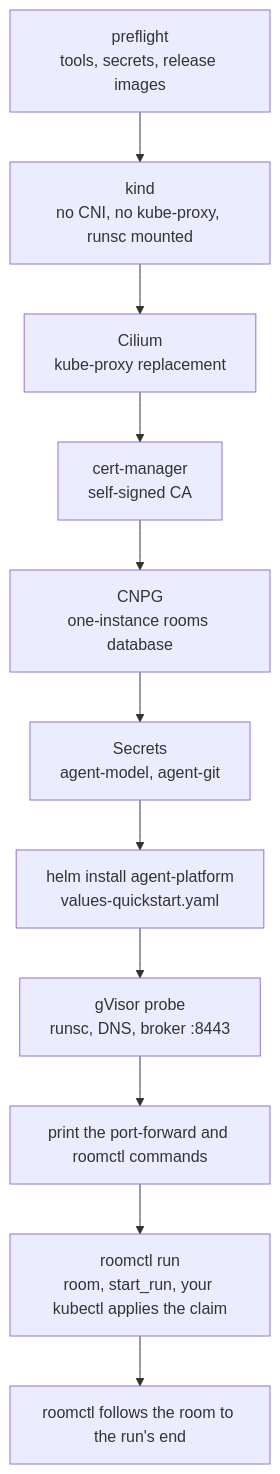
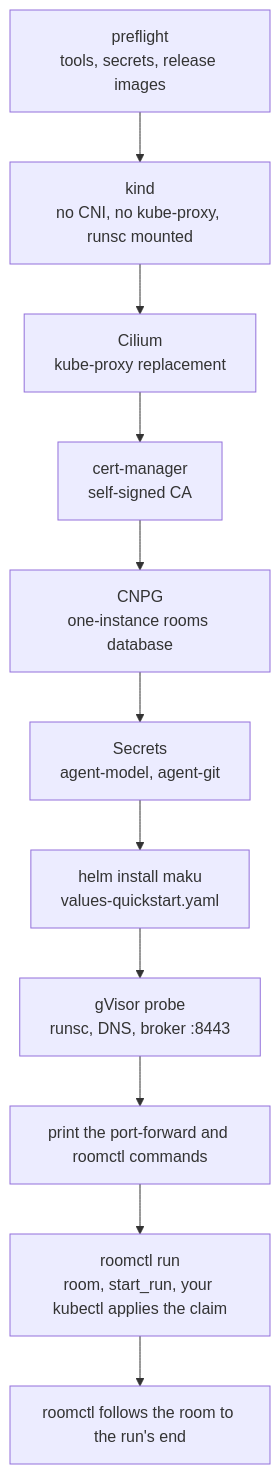
One commit to Smana/agent-platform changed the diagram in docs/quickstart.md. Above: the diagram before and after it, drawn with Mermaid. The commit also changed other lines of this file and 140 other files, not shown here.

Commit message:
feat!: binaries, images and charts are maku-*

````diff
--- a/docs/quickstart.md
+++ b/docs/quickstart.md
@@ -25,8 +25,8 @@
 ```mermaid
 flowchart TD
   P["preflight<br/>tools, secrets, release images"] --> K["kind<br/>no CNI, no kube-proxy, runsc mounted"]
   K --> C["Cilium<br/>kube-proxy replacement"] --> M["cert-manager<br/>self-signed CA"]
   M --> N["CNPG<br/>one-instance rooms database"] --> S["Secrets<br/>agent-model, agent-git"]
-  S --> H["helm install agent-platform<br/>values-quickstart.yaml"]
+  S --> H["helm install maku<br/>values-quickstart.yaml"]
   H --> G["gVisor probe<br/>runsc, DNS, broker :8443"] --> F["print the port-forward and roomctl commands"] --> R["roomctl run<br/>room, start_run, your kubectl applies the claim"] --> W["roomctl follows the room to the run's end"]
 ```
````
